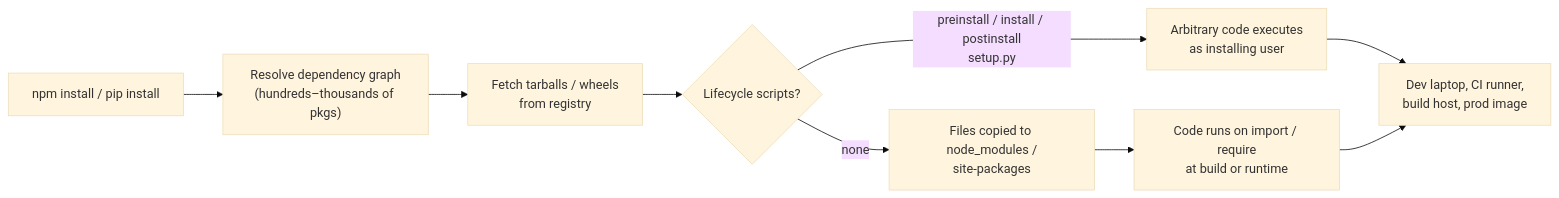
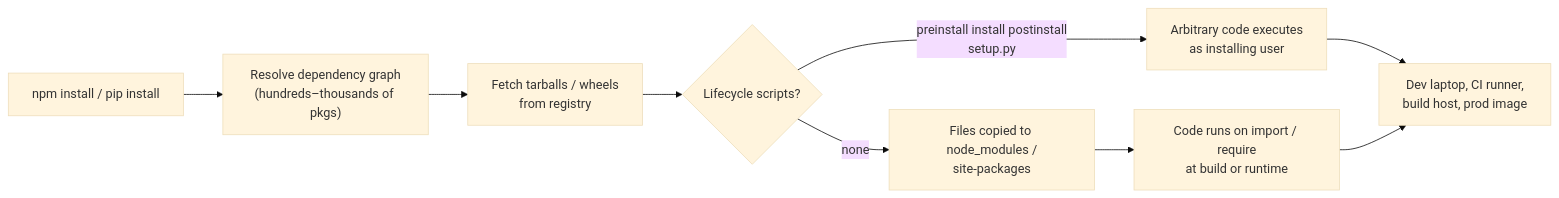
One commit to bumbsclaw/textbooks changed the first of 7 diagrams in book-01-foundations/ch04-case-studies-dependency-attacks.md. Above: the diagram before and after it, drawn with Mermaid (base theme). The commit also changed 173 other files, not shown here.

First line of the commit message:
fix(mermaid): close note brackets, semicolons in Notes, stateDiagram br -> dash, edge parens

````diff
--- a/book-01-foundations/ch04-case-studies-dependency-attacks.md
+++ b/book-01-foundations/ch04-case-studies-dependency-attacks.md
@@ -77,11 +77,11 @@
 ```mermaid
 flowchart LR
     A["npm install / pip install"] --> B["Resolve dependency graph<br/>(hundreds–thousands of pkgs)"]
     B --> C["Fetch tarballs / wheels<br/>from registry"]
     C --> D{"Lifecycle scripts?"}
-    D -->|"preinstall / install / postinstall<br/>setup.py"| E["Arbitrary code executes<br/>as installing user"]
+    D -->|"preinstall install postinstall<br >setup.py"| E["Arbitrary code executes<br/>as installing user"]
     D -->|"none"| F["Files copied to node_modules /<br/>site-packages"]
     F --> G["Code runs on import / require<br/>at build or runtime"]
     E --> H["Dev laptop, CI runner,<br/>build host, prod image"]
     G --> H
 ```
````
